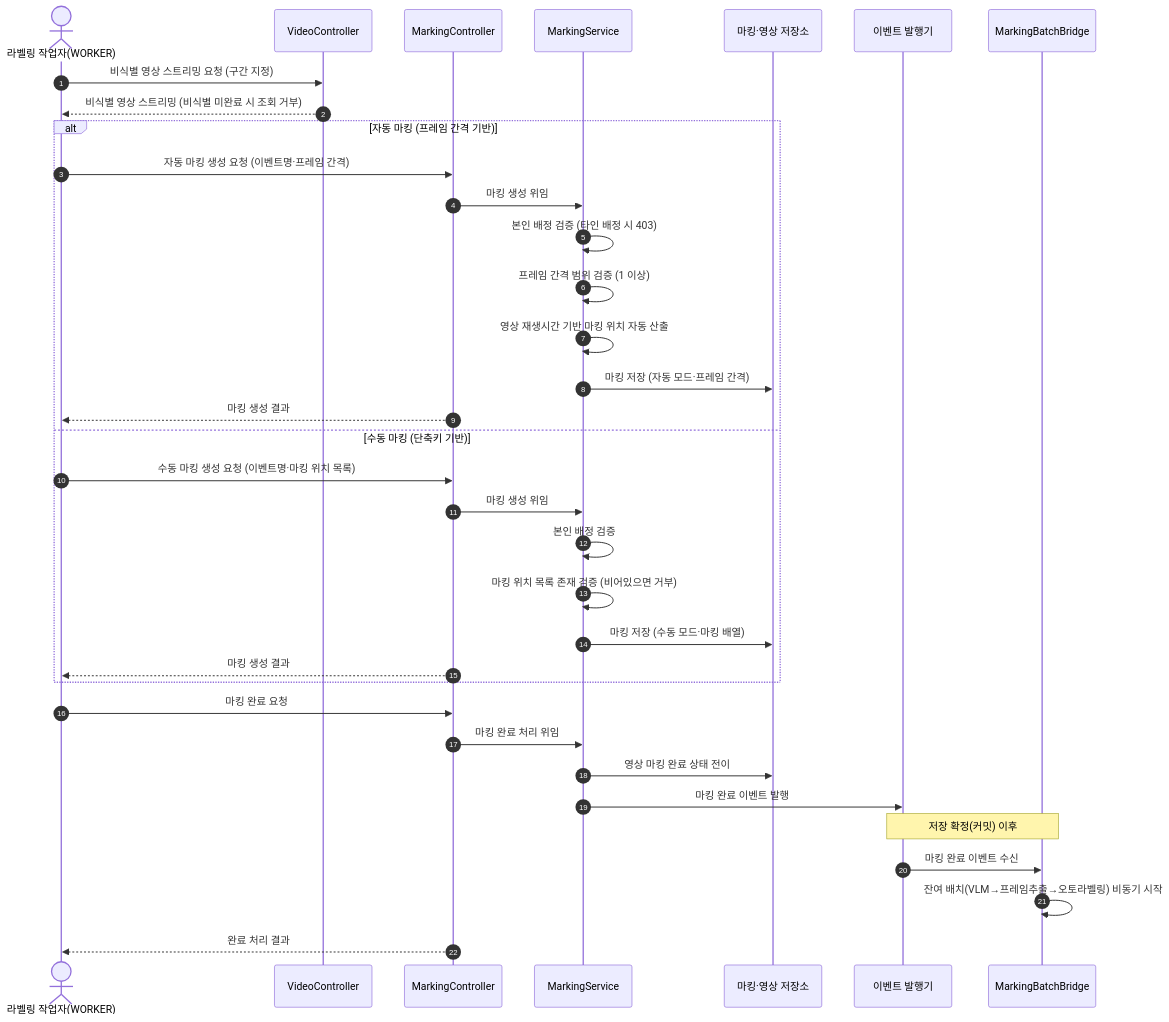
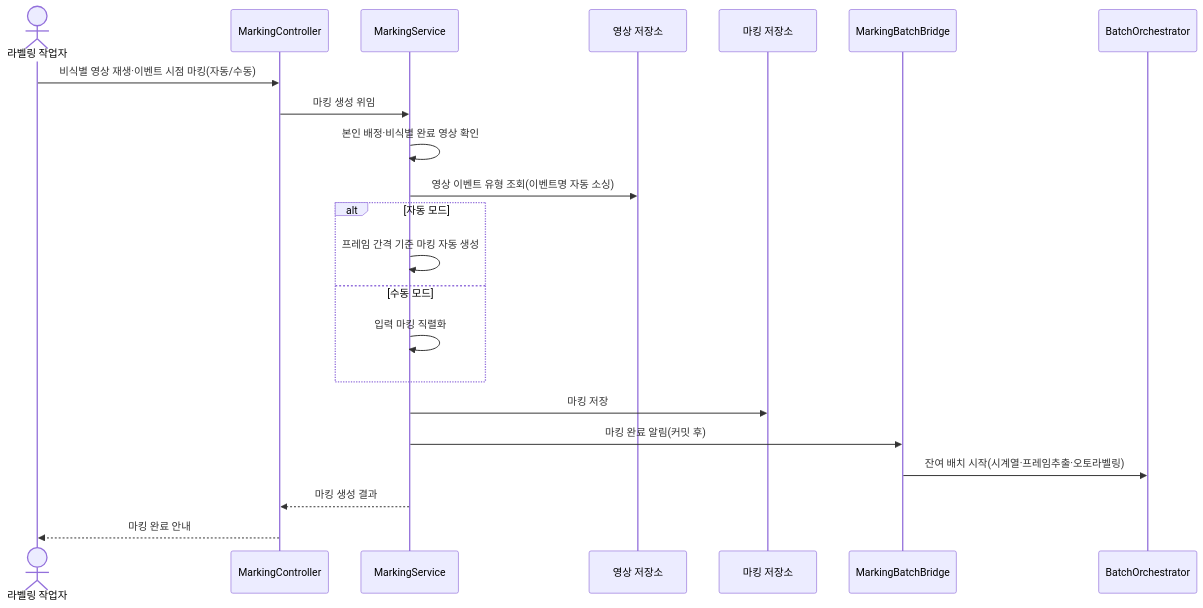
Diagram 15 of 36 in docs/design/D1-클래스설계서.md (New-stella/klid-label), drawn with Mermaid before and after one commit. The commit also changed other lines of this file and 7 other files, not shown here.

````diff
--- a/docs/design/D1-클래스설계서.md
+++ b/docs/design/D1-클래스설계서.md
@@ -760,37 +640,24 @@
 ```mermaid
 sequenceDiagram
-    autonumber
-    actor WK as 라벨링 작업자(WORKER)
-    participant VC as VideoController
-    participant MC as MarkingController
-    participant MS as MarkingService
-    participant DB as 마킹·영상 저장소
-    participant EP as 이벤트 발행기
-    participant BB as MarkingBatchBridge
-    WK->>VC: 비식별 영상 스트리밍 요청 (구간 지정)
-    VC-->>WK: 비식별 영상 스트리밍 (비식별 미완료 시 조회 거부)
-    alt 자동 마킹 (프레임 간격 기반)
-        WK->>MC: 자동 마킹 생성 요청 (이벤트명·프레임 간격)
-        MC->>MS: 마킹 생성 위임
-        MS->>MS: 본인 배정 검증 (타인 배정 시 403)
-        MS->>MS: 프레임 간격 범위 검증 (1 이상)
-        MS->>MS: 영상 재생시간 기반 마킹 위치 자동 산출
-        MS->>DB: 마킹 저장 (자동 모드·프레임 간격)
-        MC-->>WK: 마킹 생성 결과
-    else 수동 마킹 (단축키 기반)
-        WK->>MC: 수동 마킹 생성 요청 (이벤트명·마킹 위치 목록)
-        MC->>MS: 마킹 생성 위임
-        MS->>MS: 본인 배정 검증
-        MS->>MS: 마킹 위치 목록 존재 검증 (비어있으면 거부)
-        MS->>DB: 마킹 저장 (수동 모드·마킹 배열)
-        MC-->>WK: 마킹 생성 결과
+    actor WORKER as 라벨링 작업자
+    participant C as MarkingController
+    participant S as MarkingService
+    participant V as 영상 저장소
+    participant M as 마킹 저장소
+    participant B as MarkingBatchBridge
+    participant O as BatchOrchestrator
+    WORKER->>C: 비식별 영상 재생·이벤트 시점 마킹(자동/수동)
+    C->>S: 마킹 생성 위임
+    S->>S: 본인 배정·비식별 완료 영상 확인
+    S->>V: 영상 이벤트 유형 조회(이벤트명 자동 소싱)
+    alt 자동 모드
+        S->>S: 프레임 간격 기준 마킹 자동 생성
+    else 수동 모드
+        S->>S: 입력 마킹 직렬화
     end
-    WK->>MC: 마킹 완료 요청
-    MC->>MS: 마킹 완료 처리 위임
-    MS->>DB: 영상 마킹 완료 상태 전이
-    MS->>EP: 마킹 완료 이벤트 발행
-    Note over EP,BB: 저장 확정(커밋) 이후
-    EP->>BB: 마킹 완료 이벤트 수신
-    BB->>BB: 잔여 배치(VLM→프레임추출→오토라벨링) 비동기 시작
-    MC-->>WK: 완료 처리 결과
+    S->>M: 마킹 저장
+    S->>B: 마킹 완료 알림(커밋 후)
+    B->>O: 잔여 배치 시작(시계열·프레임추출·오토라벨링)
+    S-->>C: 마킹 생성 결과
+    C-->>WORKER: 마킹 완료 안내
 ```
````
